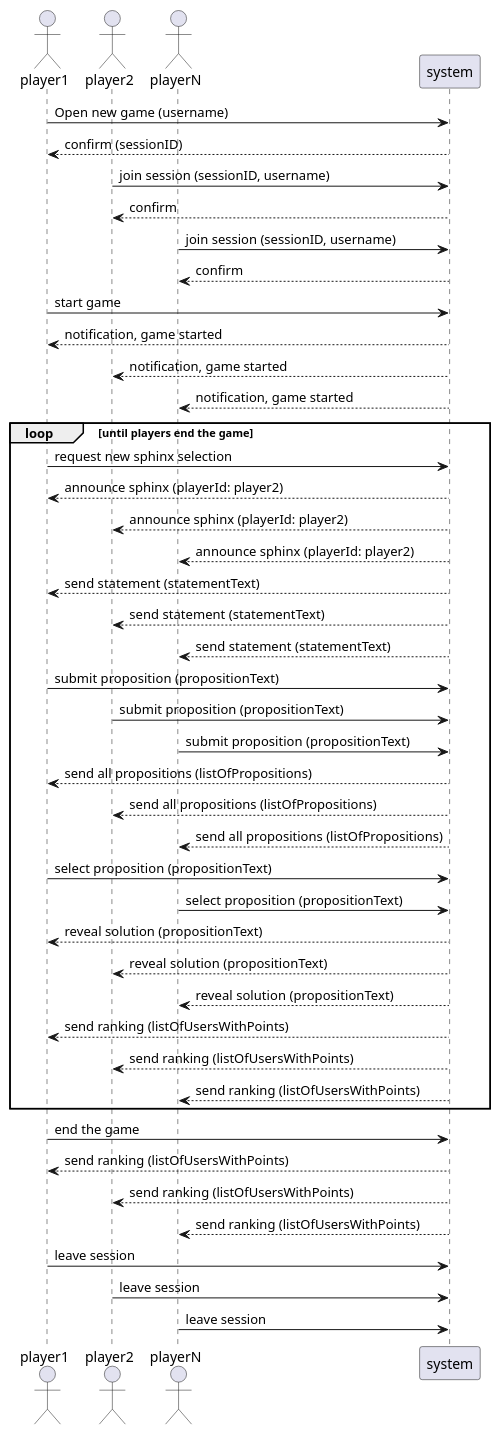
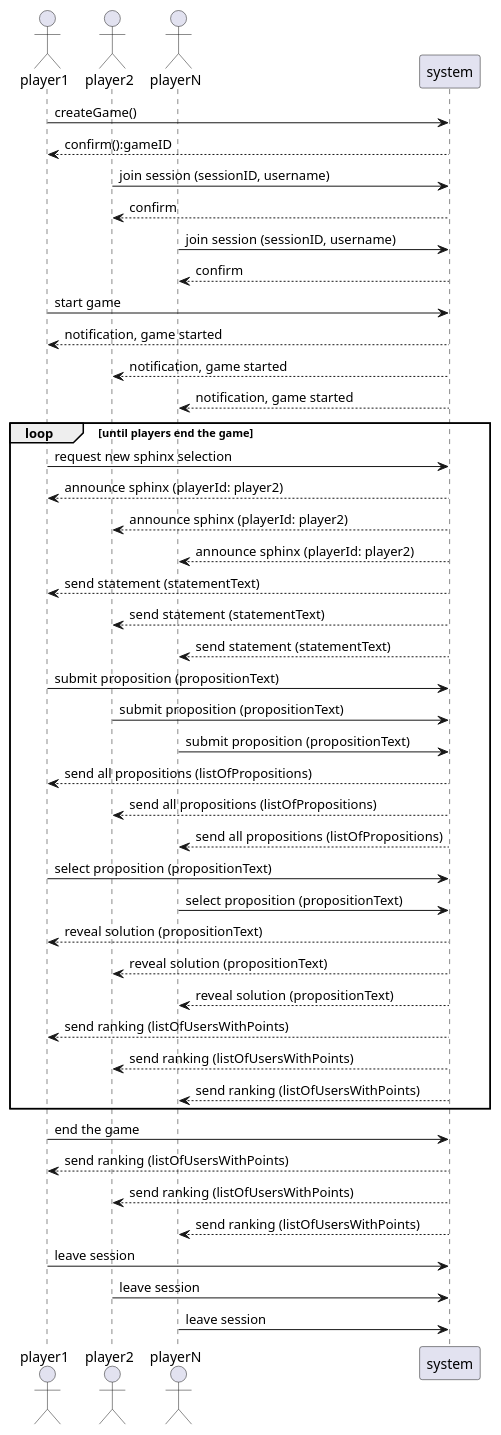
The diagram in docs/diagrams/system_sequence_diagram.plantuml (patrickwinti/worldwidewalter), drawn with PlantUML before and after one commit. The commit also changed 1 other file, not shown here.

Commit message:
[WWW-20] rename class diagrams

```diff
--- a/docs/diagrams/system_sequence_diagram.plantuml
+++ b/docs/diagrams/system_sequence_diagram.plantuml
@@ -1,63 +1,63 @@
 @startuml
 
 actor       player1
 actor       player2
 actor       playerN
 
 
-player1 -> system: Open new game (username)
-system --> player1: confirm (sessionID)
+player1 -> system: createGame()
+system --> player1: confirm():gameID
 
 player2 -> system: join session (sessionID, username)
 system --> player2: confirm
 
 playerN -> system: join session (sessionID, username)
 system --> playerN: confirm
 
 player1 -> system: start game
 system --> player1: notification, game started
 system --> player2: notification, game started
 system --> playerN: notification, game started
 
 loop until players end the game
     player1 -> system: request new sphinx selection
 
     system --> player1: announce sphinx (playerId: player2)
     system --> player2: announce sphinx (playerId: player2)
     system --> playerN: announce sphinx (playerId: player2)
 
     system --> player1: send statement (statementText)
     system --> player2: send statement (statementText)
     system --> playerN: send statement (statementText)
 
     player1 -> system: submit proposition (propositionText)
     player2 -> system: submit proposition (propositionText)
     playerN -> system: submit proposition (propositionText)
 
     system --> player1: send all propositions (listOfPropositions)
     system --> player2: send all propositions (listOfPropositions)
     system --> playerN: send all propositions (listOfPropositions)
 
     player1 -> system: select proposition (propositionText)
     playerN -> system: select proposition (propositionText)
 
     system --> player1: reveal solution (propositionText)
     system --> player2: reveal solution (propositionText)
     system --> playerN: reveal solution (propositionText)
 
     system --> player1: send ranking (listOfUsersWithPoints)
     system --> player2: send ranking (listOfUsersWithPoints)
     system --> playerN: send ranking (listOfUsersWithPoints)
 end
 
 player1 -> system: end the game
 
 system --> player1: send ranking (listOfUsersWithPoints)
 system --> player2: send ranking (listOfUsersWithPoints)
 system --> playerN: send ranking (listOfUsersWithPoints)
 
 player1 -> system: leave session
 player2 -> system: leave session
 playerN -> system: leave session
 
 @enduml
```
